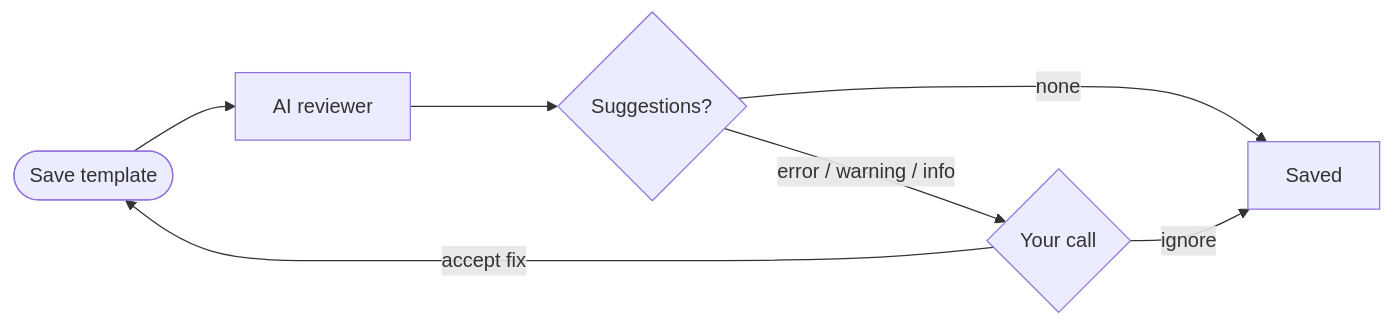
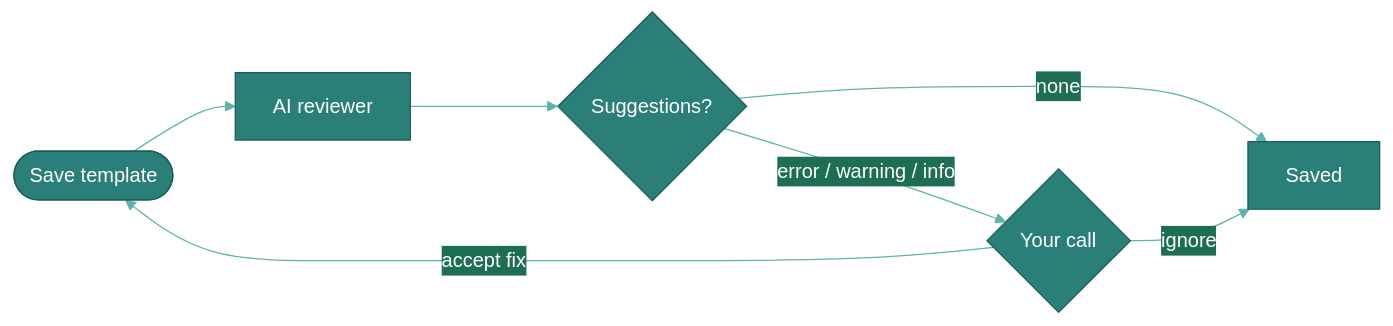
The diagram in content/templates.mdx (ng/noctune-docs), drawn with Mermaid before and after one commit. The commit also changed 4 other files, not shown here.

First line of the commit message:
docs: add handle inbox section and theme mermaid diagrams to brand colors

````diff
--- a/content/templates.mdx
+++ b/content/templates.mdx
@@ -40,9 +40,10 @@
 ```mermaid
+%%{init: {'theme':'base','themeVariables':{'primaryColor':'#2a7f78','primaryTextColor':'#ffffff','primaryBorderColor':'#1a5c57','lineColor':'#5bb3ac','secondaryColor':'#1d6e55','secondaryTextColor':'#ffffff','tertiaryColor':'#0f3d3a','tertiaryTextColor':'#ffffff','noteBkgColor':'#e9f3f2','noteTextColor':'#0f3d3a','noteBorderColor':'#2a7f78','fontFamily':'inherit'}}}%%
 flowchart LR
     Save([Save template]) --> Review[AI reviewer]
     Review --> Sug{Suggestions?}
     Sug -->|none| Done[Saved]
     Sug -->|error / warning / info| Choose{Your call}
     Choose -->|accept fix| Save
     Choose -->|ignore| Done
 ```
````
